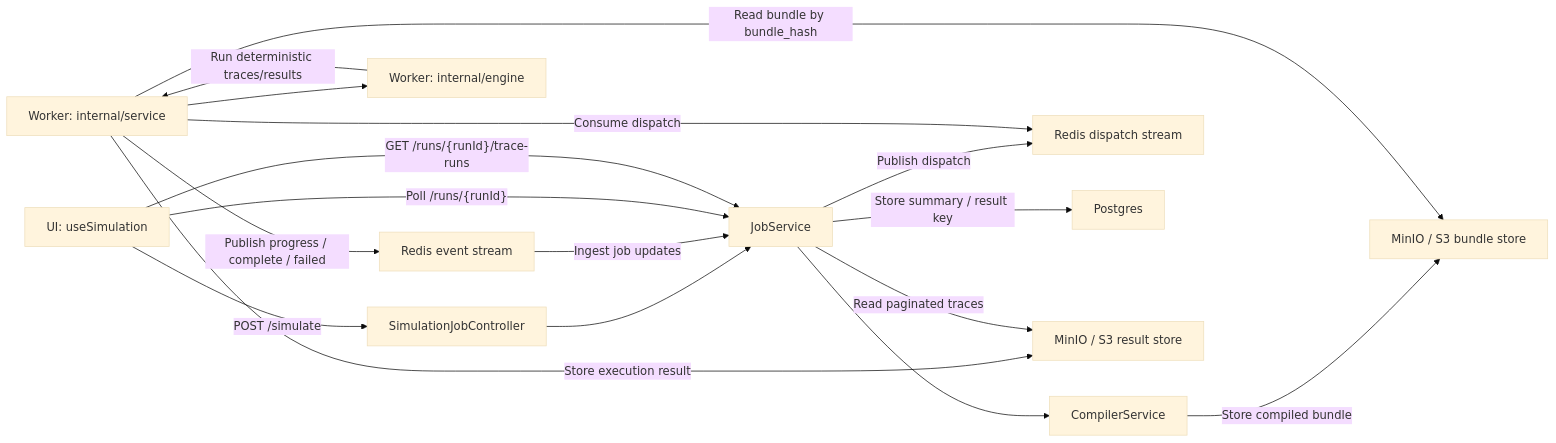
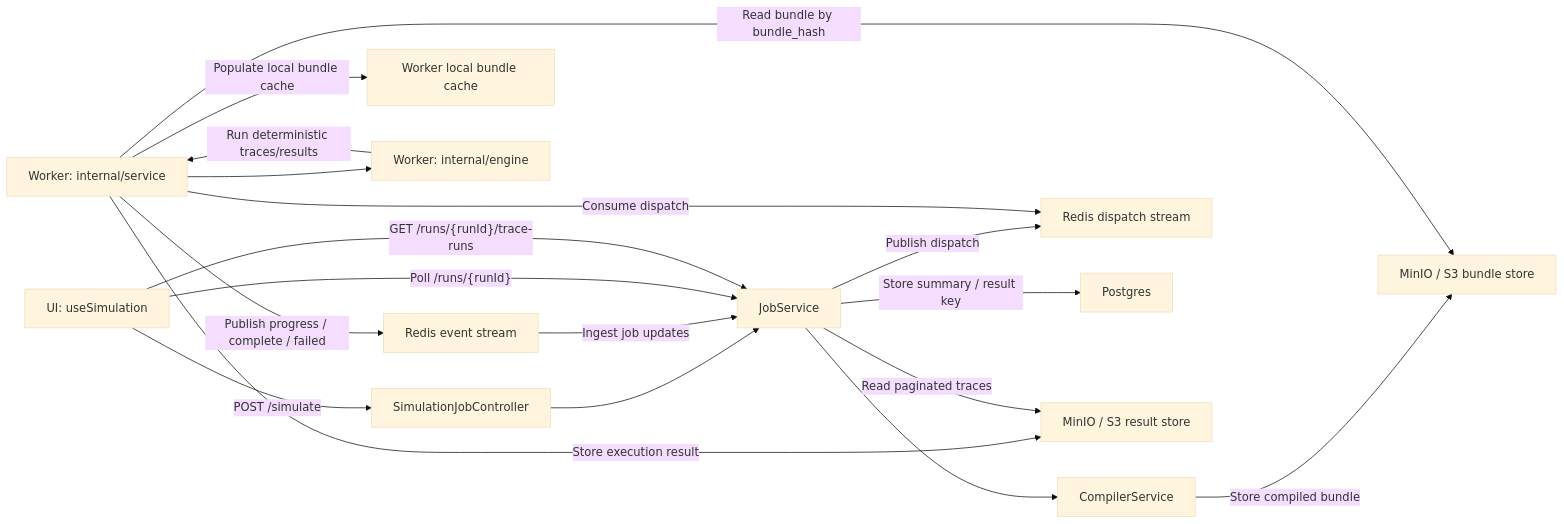
Before and after one commit to danagbemava/athanor: the second of 4 diagrams in docs/architecture/knowledge-graph.md, drawn with Mermaid (base theme). The commit also changed other lines of this file and 1 other file, not shown here.

Commit message:
Finalize knowledge graph details

````diff
--- a/docs/architecture/knowledge-graph.md
+++ b/docs/architecture/knowledge-graph.md
@@ -115,19 +135,20 @@
 ```mermaid
 flowchart LR
   UI["UI: useSimulation"] -->|"POST /simulate"| Submit["SimulationJobController"]
   Submit --> Job["JobService"]
   Job --> Compiler["CompilerService"]
   Compiler -->|"Store compiled bundle"| BundleStore["MinIO / S3 bundle store"]
   Job -->|"Publish dispatch"| RedisDispatch["Redis dispatch stream"]
   Worker["Worker: internal/service"] -->|"Consume dispatch"| RedisDispatch
   Worker -->|"Read bundle by bundle_hash"| BundleStore
+  Worker -->|"Populate local bundle cache"| Cache["Worker local bundle cache"]
   Worker --> Engine["Worker: internal/engine"]
   Engine -->|"Run deterministic traces/results"| Worker
   Worker -->|"Publish progress / complete / failed"| RedisEvents["Redis event stream"]
   RedisEvents -->|"Ingest job updates"| Job
   Job -->|"Store summary / result key"| Postgres["Postgres"]
   Worker -->|"Store execution result"| ResultStore["MinIO / S3 result store"]
   UI -->|"Poll /runs/{runId}"| Job
   UI -->|"GET /runs/{runId}/trace-runs"| Job
   Job -->|"Read paginated traces"| ResultStore
 ```
````
